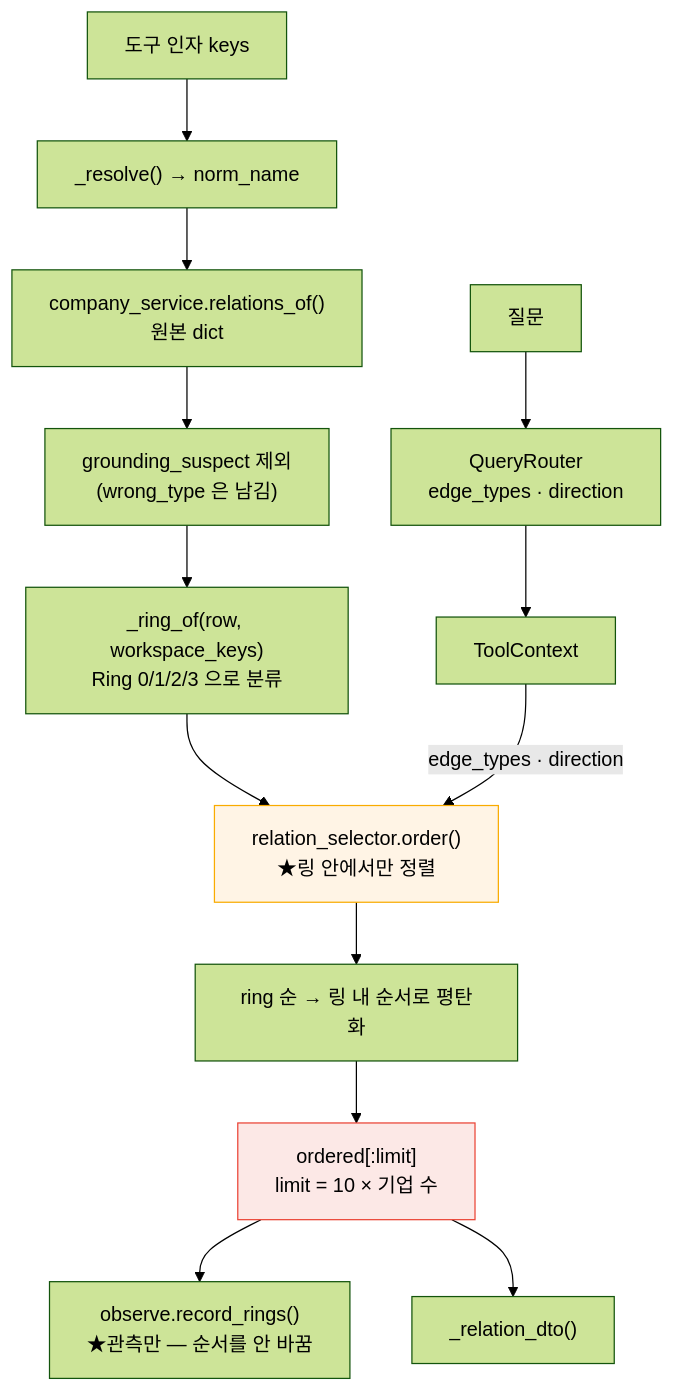
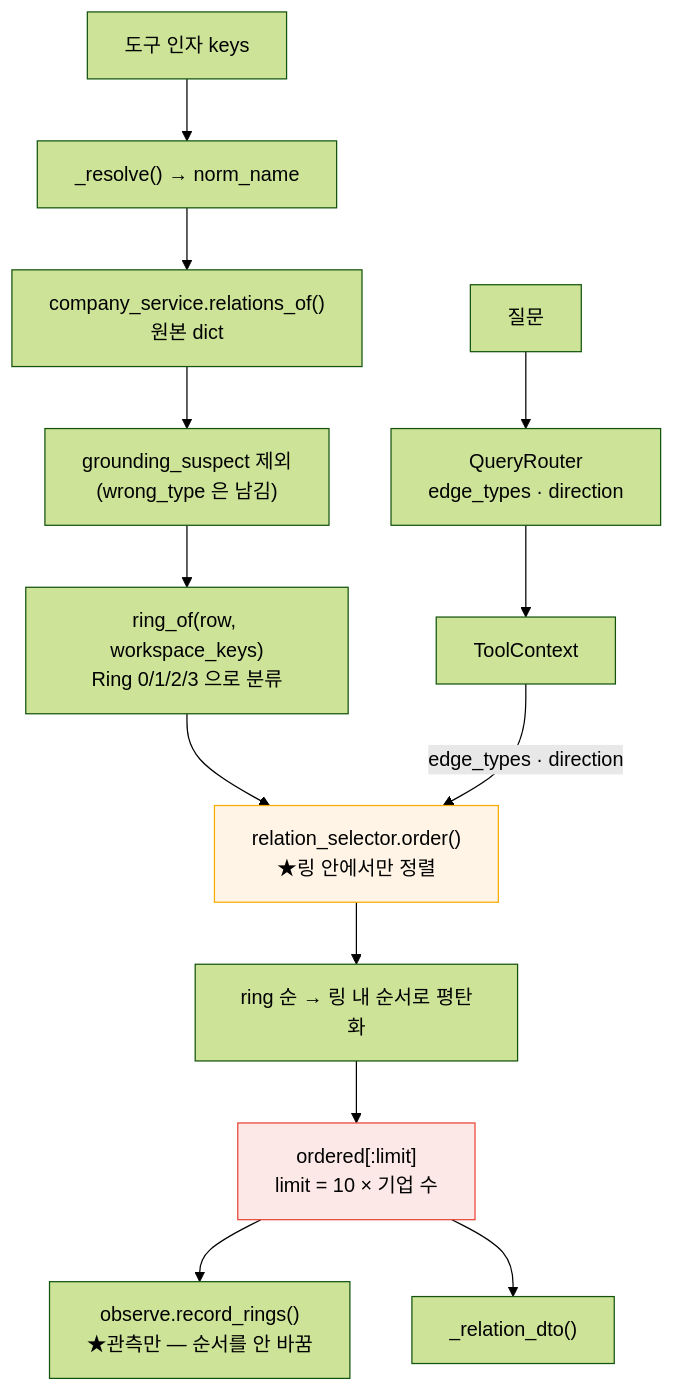
One commit to Biz-Node/BizNode-AI-Data changed the sixth of 6 diagrams in docs/BizNode_Agent_Architecture_Design.md. Above: the diagram before and after it, drawn with Mermaid (forest theme). The commit also changed other lines of this file and 31 other files, not shown here.

````diff
--- a/docs/BizNode_Agent_Architecture_Design.md
+++ b/docs/BizNode_Agent_Architecture_Design.md
@@ -1013,17 +1013,17 @@
 ```mermaid
 flowchart TD
     Q["질문"] --> QR["QueryRouter<br/>edge_types · direction"]
     QR --> TC["ToolContext"]
     K["도구 인자 keys"] --> RES["_resolve() → norm_name"]
     RES --> ROW["company_service.relations_of()<br/>원본 dict"]
     ROW --> HIDE["grounding_suspect 제외<br/>(wrong_type 은 남김)"]
-    HIDE --> RING["_ring_of(row, workspace_keys)<br/>Ring 0/1/2/3 으로 분류"]
+    HIDE --> RING["ring_of(row, workspace_keys)<br/>Ring 0/1/2/3 으로 분류"]
     RING --> ORD["relation_selector.order()<br/>★링 안에서만 정렬"]
     TC -->|"edge_types · direction"| ORD
     ORD --> FLAT["ring 순 → 링 내 순서로 평탄화"]
     FLAT --> CUT["ordered[:limit]<br/>limit = 10 × 기업 수"]
     CUT --> OBS["observe.record_rings()<br/>★관측만 — 순서를 안 바꿈"]
     CUT --> DTO["_relation_dto()"]
     style ORD fill:#fff4e5,stroke:#f9ab00
     style CUT fill:#fce8e6,stroke:#ea4335
 ```
````
